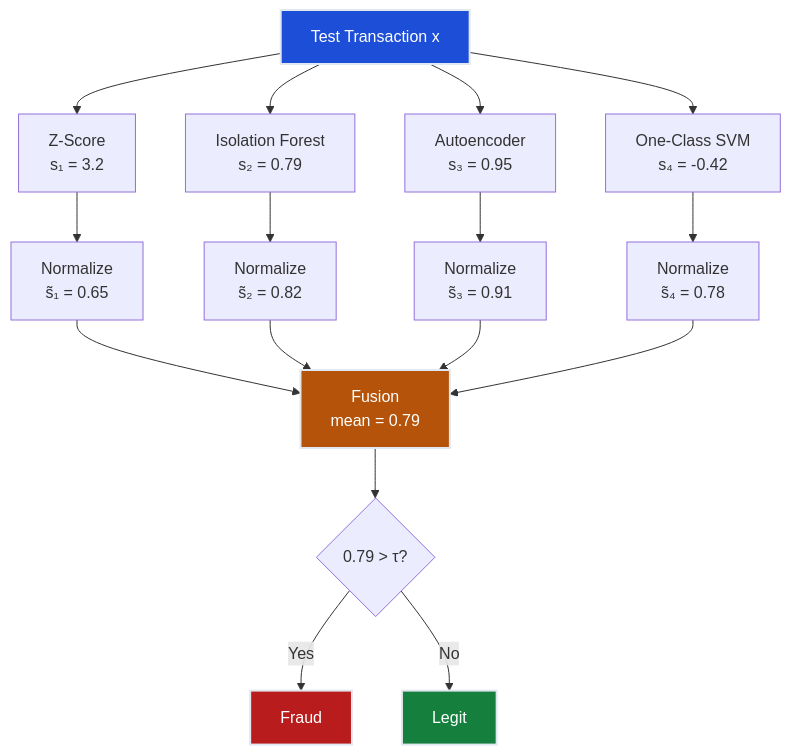
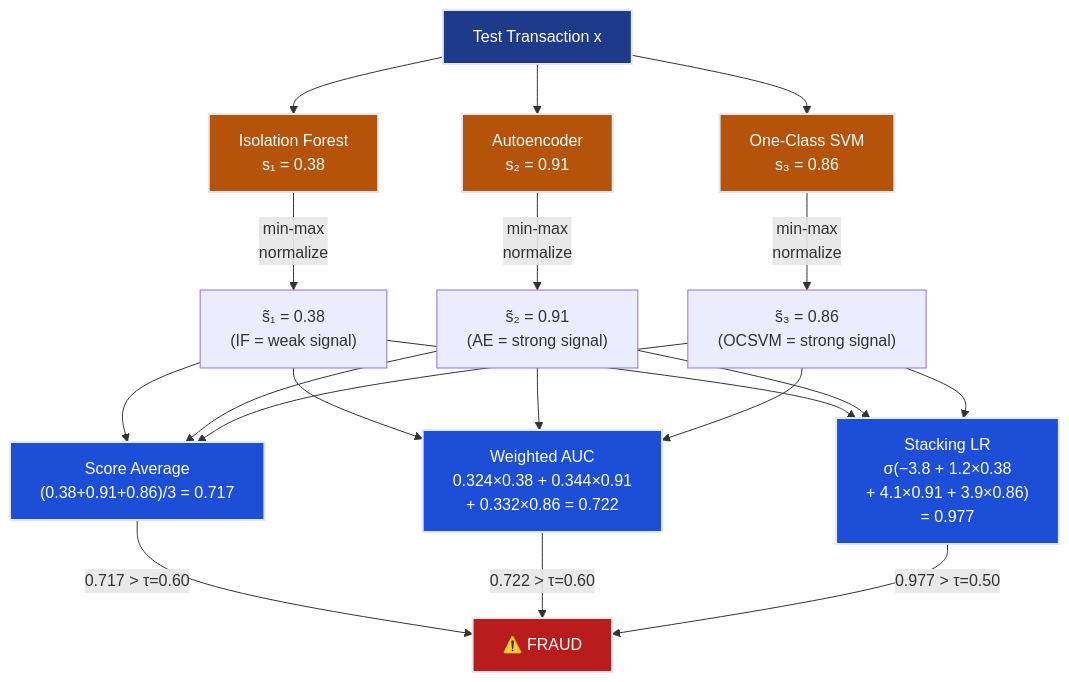
Before and after one commit to deepakshamsft/ai-portfolio: the second of 4 diagrams in notes/01-ml/05_anomaly_detection/ch05_ensemble_anomaly/README.md, drawn with Mermaid. The commit also changed other lines of this file and 727 other files, not shown here.

````diff
--- a/notes/01-ml/05_anomaly_detection/ch05_ensemble_anomaly/README.md
+++ b/notes/01-ml/05_anomaly_detection/ch05_ensemble_anomaly/README.md
@@ -222,26 +484,35 @@
 ```mermaid
 flowchart TD
-    TX["Test Transaction x"] --> D1["Z-Score\ns₁ = 3.2"]
-    TX --> D2["Isolation Forest\ns₂ = 0.79"]
-    TX --> D3["Autoencoder\ns₃ = 0.95"]
-    TX --> D4["One-Class SVM\ns₄ = -0.42"]
+    TX["Test Transaction x"] --> D1["Isolation Forest\ns₁ = 0.38"]
+    TX --> D2["Autoencoder\ns₂ = 0.91"]
+    TX --> D3["One-Class SVM\ns₃ = 0.86"]
 
-    D1 --> N1["Normalize\ns̃₁ = 0.65"]
-    D2 --> N2["Normalize\ns̃₂ = 0.82"]
-    D3 --> N3["Normalize\ns̃₃ = 0.91"]
-    D4 --> N4["Normalize\ns̃₄ = 0.78"]
+    D1 -->|"min-max\nnormalize"| N1["s̃₁ = 0.38\n(IF = weak signal)"]
+    D2 -->|"min-max\nnormalize"| N2["s̃₂ = 0.91\n(AE = strong signal)"]
+    D3 -->|"min-max\nnormalize"| N3["s̃₃ = 0.86\n(OCSVM = strong signal)"]
 
-    N1 --> FUSE["Fusion\nmean = 0.79"]
-    N2 --> FUSE
-    N3 --> FUSE
-    N4 --> FUSE
+    N1 --> AVG["Score Average\n(0.38+0.91+0.86)/3 = 0.717"]
+    N2 --> AVG
+    N3 --> AVG
 
-    FUSE --> DEC{"0.79 > τ?"}
-    DEC -->|"Yes"| FRAUD["Fraud"]
-    DEC -->|"No"| LEGIT["Legit"]
+    N1 --> WGT["Weighted AUC\n0.324×0.38 + 0.344×0.91\n+ 0.332×0.86 = 0.722"]
+    N2 --> WGT
+    N3 --> WGT
 
-    style TX fill:#1d4ed8,stroke:#e2e8f0,stroke-width:2px,color:#ffffff
+    N1 --> STK["Stacking LR\nσ(−3.8 + 1.2×0.38\n+ 4.1×0.91 + 3.9×0.86)\n= 0.977"]
+    N2 --> STK
+    N3 --> STK
+
+    AVG -->|"0.717 > τ=0.60"| FRAUD["⚠️ FRAUD"]
+    WGT -->|"0.722 > τ=0.60"| FRAUD
+    STK -->|"0.977 > τ=0.50"| FRAUD
+
+    style TX fill:#1e3a8a,stroke:#e2e8f0,stroke-width:2px,color:#ffffff
+    style D1 fill:#b45309,stroke:#e2e8f0,stroke-width:2px,color:#ffffff
+    style D2 fill:#b45309,stroke:#e2e8f0,stroke-width:2px,color:#ffffff
+    style D3 fill:#b45309,stroke:#e2e8f0,stroke-width:2px,color:#ffffff
     style FRAUD fill:#b91c1c,stroke:#e2e8f0,stroke-width:2px,color:#ffffff
-    style LEGIT fill:#15803d,stroke:#e2e8f0,stroke-width:2px,color:#ffffff
-    style FUSE fill:#b45309,stroke:#e2e8f0,stroke-width:2px,color:#ffffff
+    style AVG fill:#1d4ed8,stroke:#e2e8f0,stroke-width:2px,color:#ffffff
+    style WGT fill:#1d4ed8,stroke:#e2e8f0,stroke-width:2px,color:#ffffff
+    style STK fill:#1d4ed8,stroke:#e2e8f0,stroke-width:2px,color:#ffffff
 ```
````
